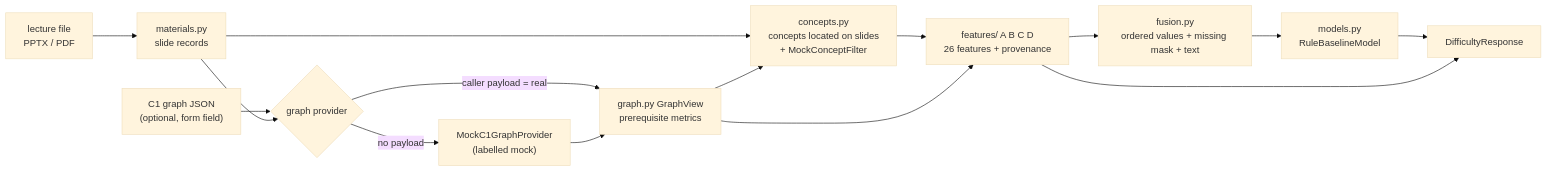
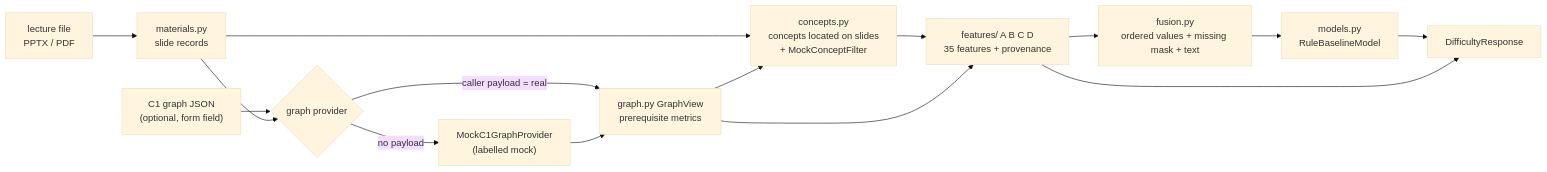
The diagram in docs/edusync/c2-difficulty.md (induranga2004/EduTwin-AI), drawn with Mermaid (base theme) before and after one commit. The commit also changed other lines of this file and 4 other files, not shown here.

First line of the commit message:
docs(c2): document the 35-feature registry, schema versioning policy and id conventions

````diff
--- a/docs/edusync/c2-difficulty.md
+++ b/docs/edusync/c2-difficulty.md
@@ -37,17 +37,17 @@
 ```mermaid
 flowchart LR
   F["lecture file<br/>PPTX / PDF"] --> M["materials.py<br/>slide records"]
   G["C1 graph JSON<br/>(optional, form field)"] --> P{"graph provider"}
   M --> P
   P -->|caller payload = real| GV["graph.py GraphView<br/>prerequisite metrics"]
   P -->|no payload| MK["MockC1GraphProvider<br/>(labelled mock)"]
   MK --> GV
   M --> CO["concepts.py<br/>concepts located on slides<br/>+ MockConceptFilter"]
   GV --> CO
-  CO --> FE["features/ A B C D<br/>26 features + provenance"]
+  CO --> FE["features/ A B C D<br/>35 features + provenance"]
   GV --> FE
   FE --> FU["fusion.py<br/>ordered values + missing mask + text"]
   FU --> MO["models.py<br/>RuleBaselineModel"]
   MO --> R["DifficultyResponse"]
   FE --> R
 ```
````
